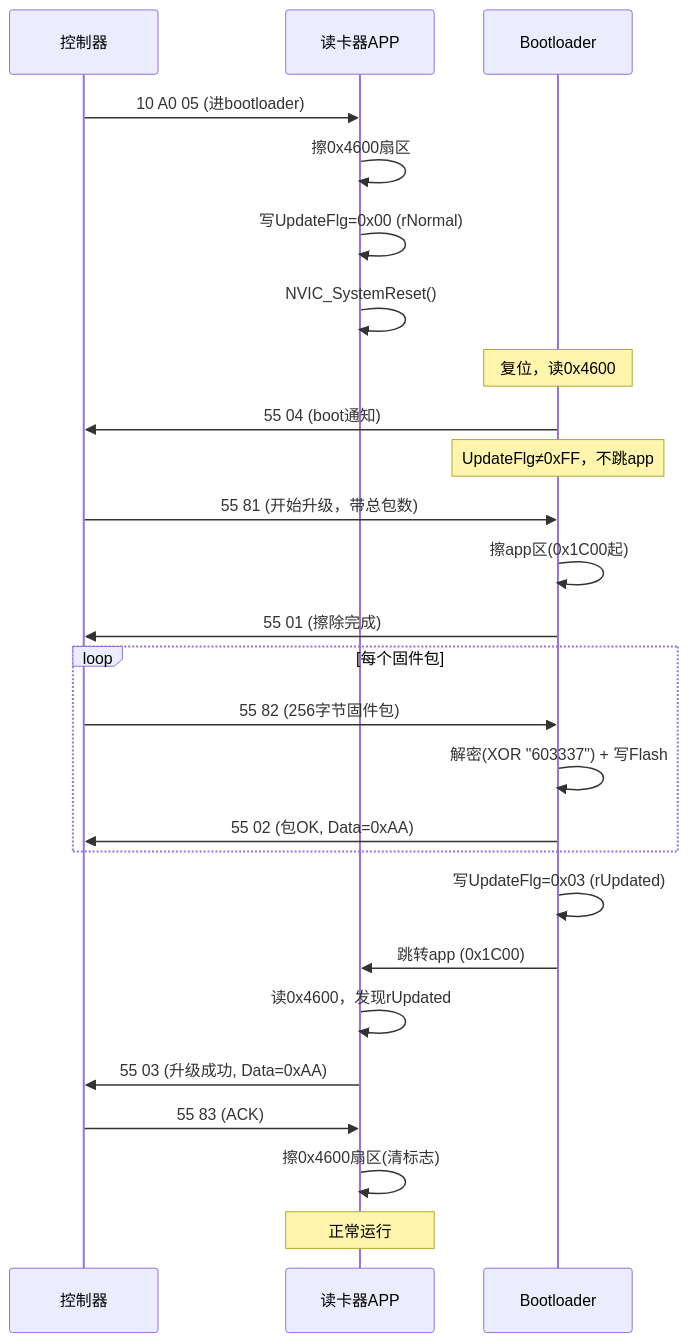
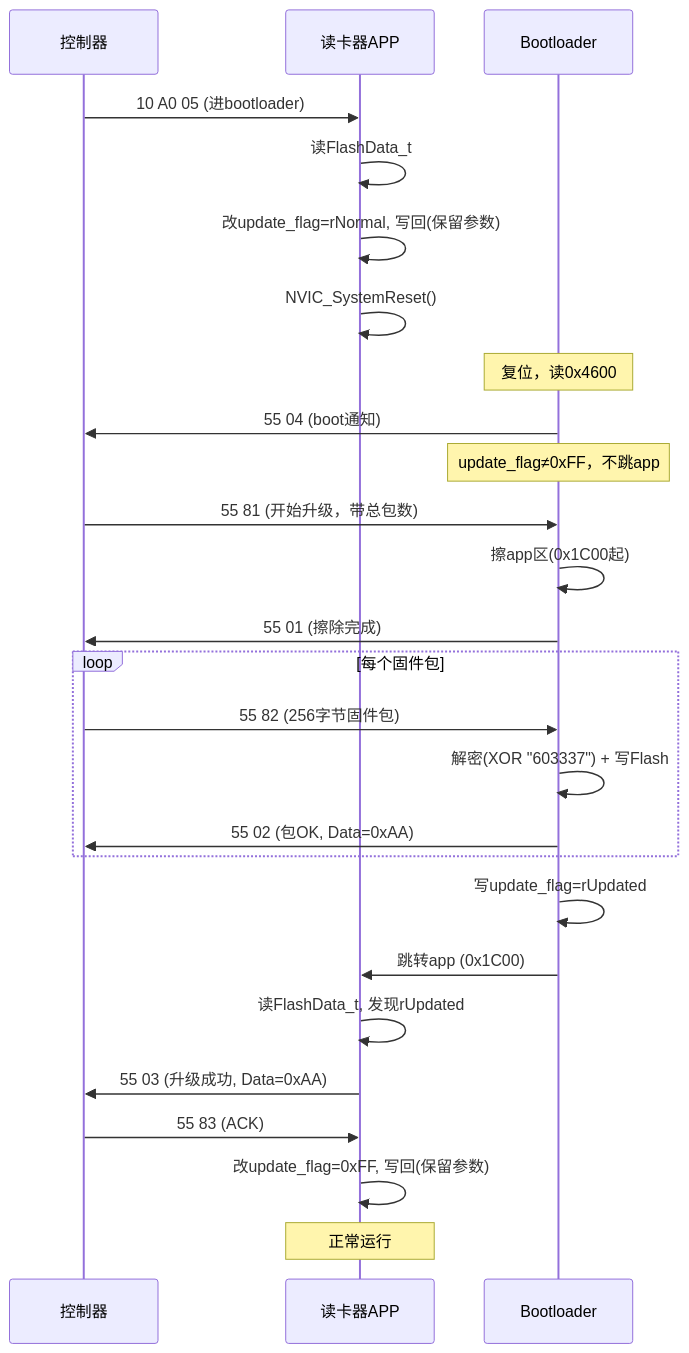
One commit to Siaiai/ObsidianNote changed the first of 9 diagrams in 工作/[[SR3读卡器]]/260804SR3框架整理.md. Above: the diagram before and after it, drawn with Mermaid. The commit also changed other lines of this file, not shown here.

````diff
--- a/工作/[[SR3读卡器]]/260804SR3框架整理.md
+++ b/工作/[[SR3读卡器]]/260804SR3框架整理.md
@@ -43,34 +47,34 @@
 ```mermaid
 sequenceDiagram
     participant 控制器
     participant 读卡器APP
     participant Bootloader
 
     控制器->>读卡器APP: 10 A0 05 (进bootloader)
-    读卡器APP->>读卡器APP: 擦0x4600扇区
-    读卡器APP->>读卡器APP: 写UpdateFlg=0x00 (rNormal)
+    读卡器APP->>读卡器APP: 读FlashData_t
+    读卡器APP->>读卡器APP: 改update_flag=rNormal, 写回(保留参数)
     读卡器APP->>读卡器APP: NVIC_SystemReset()
 
     Note over Bootloader: 复位，读0x4600
     Bootloader->>控制器: 55 04 (boot通知)
-    Note over Bootloader: UpdateFlg≠0xFF，不跳app
+    Note over Bootloader: update_flag≠0xFF，不跳app
 
     控制器->>Bootloader: 55 81 (开始升级，带总包数)
     Bootloader->>Bootloader: 擦app区(0x1C00起)
     Bootloader->>控制器: 55 01 (擦除完成)
 
     loop 每个固件包
         控制器->>Bootloader: 55 82 (256字节固件包)
         Bootloader->>Bootloader: 解密(XOR "603337") + 写Flash
         Bootloader->>控制器: 55 02 (包OK, Data=0xAA)
     end
 
-    Bootloader->>Bootloader: 写UpdateFlg=0x03 (rUpdated)
+    Bootloader->>Bootloader: 写update_flag=rUpdated
     Bootloader->>读卡器APP: 跳转app (0x1C00)
 
-    读卡器APP->>读卡器APP: 读0x4600，发现rUpdated
+    读卡器APP->>读卡器APP: 读FlashData_t, 发现rUpdated
     读卡器APP->>控制器: 55 03 (升级成功, Data=0xAA)
     控制器->>读卡器APP: 55 83 (ACK)
-    读卡器APP->>读卡器APP: 擦0x4600扇区(清标志)
+    读卡器APP->>读卡器APP: 改update_flag=0xFF, 写回(保留参数)
     Note over 读卡器APP: 正常运行
 ```
````
